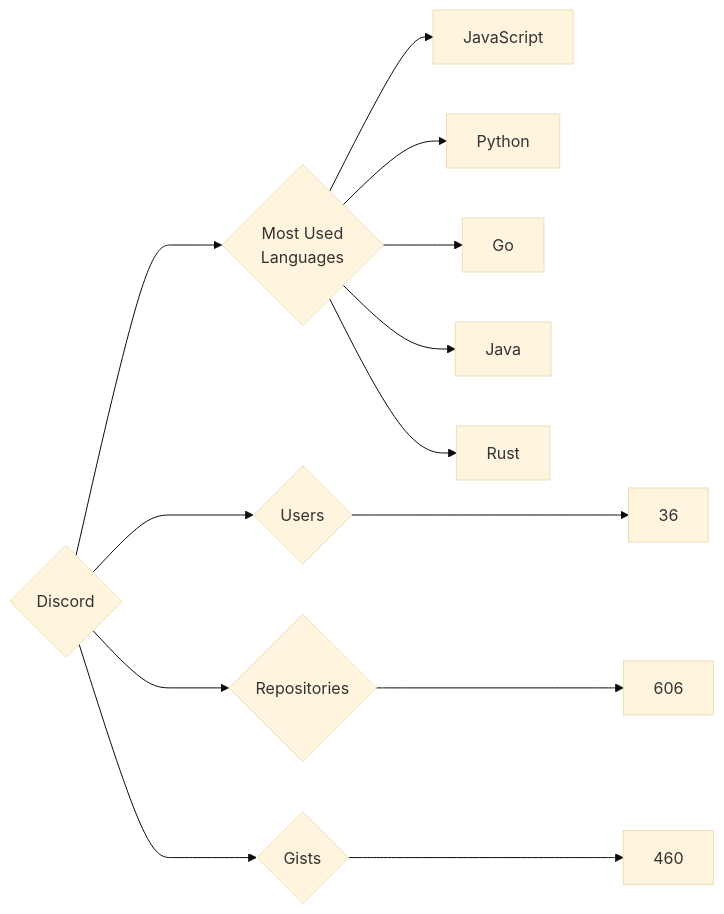
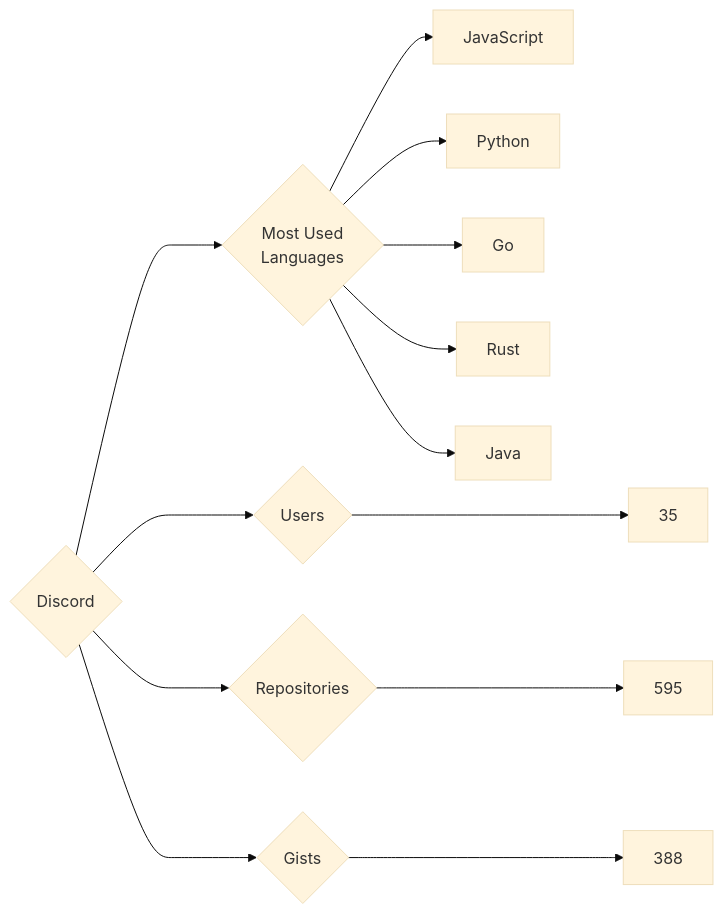
The diagram in targets/Discord/README.md (trickest/insiders), drawn with Mermaid (base theme) before and after one commit. The commit also changed 736 other files, not shown here.

````diff
--- a/targets/Discord/README.md
+++ b/targets/Discord/README.md
@@ -3,13 +3,13 @@
 ```mermaid
 graph LR
 COMPANY_NAME{Discord}
-COMPANY_NAME ---> U{Users} ---> UN[36]
-COMPANY_NAME ---> R{Repositories} ---> RN[606]
-COMPANY_NAME ---> G{Gists} ---> GN[460]
+COMPANY_NAME ---> U{Users} ---> UN[35]
+COMPANY_NAME ---> R{Repositories} ---> RN[595]
+COMPANY_NAME ---> G{Gists} ---> GN[388]
 COMPANY_NAME ---> ML{Most Used<br>Languages}
 ML --> JavaScript[JavaScript]
 ML --> Python[Python]
 ML --> Go[Go]
+ML --> Rust[Rust]
 ML --> Java[Java]
-ML --> Rust[Rust]
 ```
````
